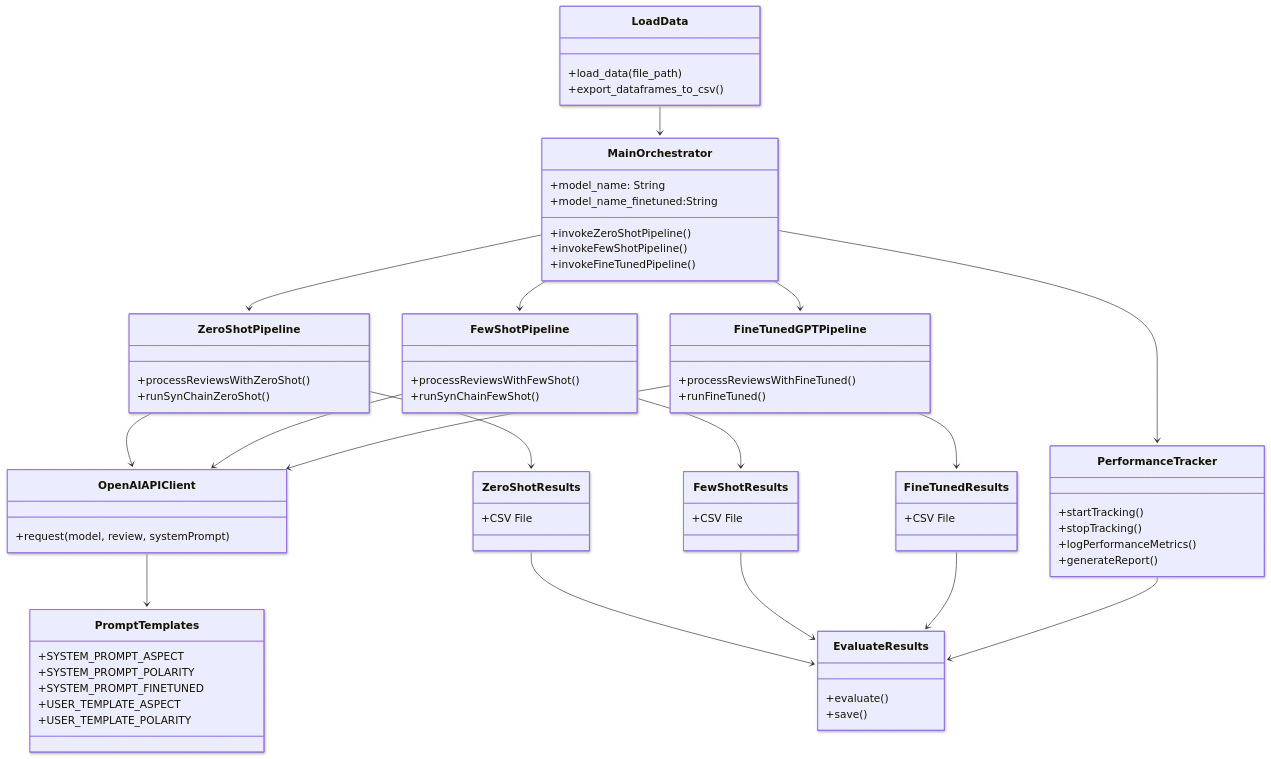
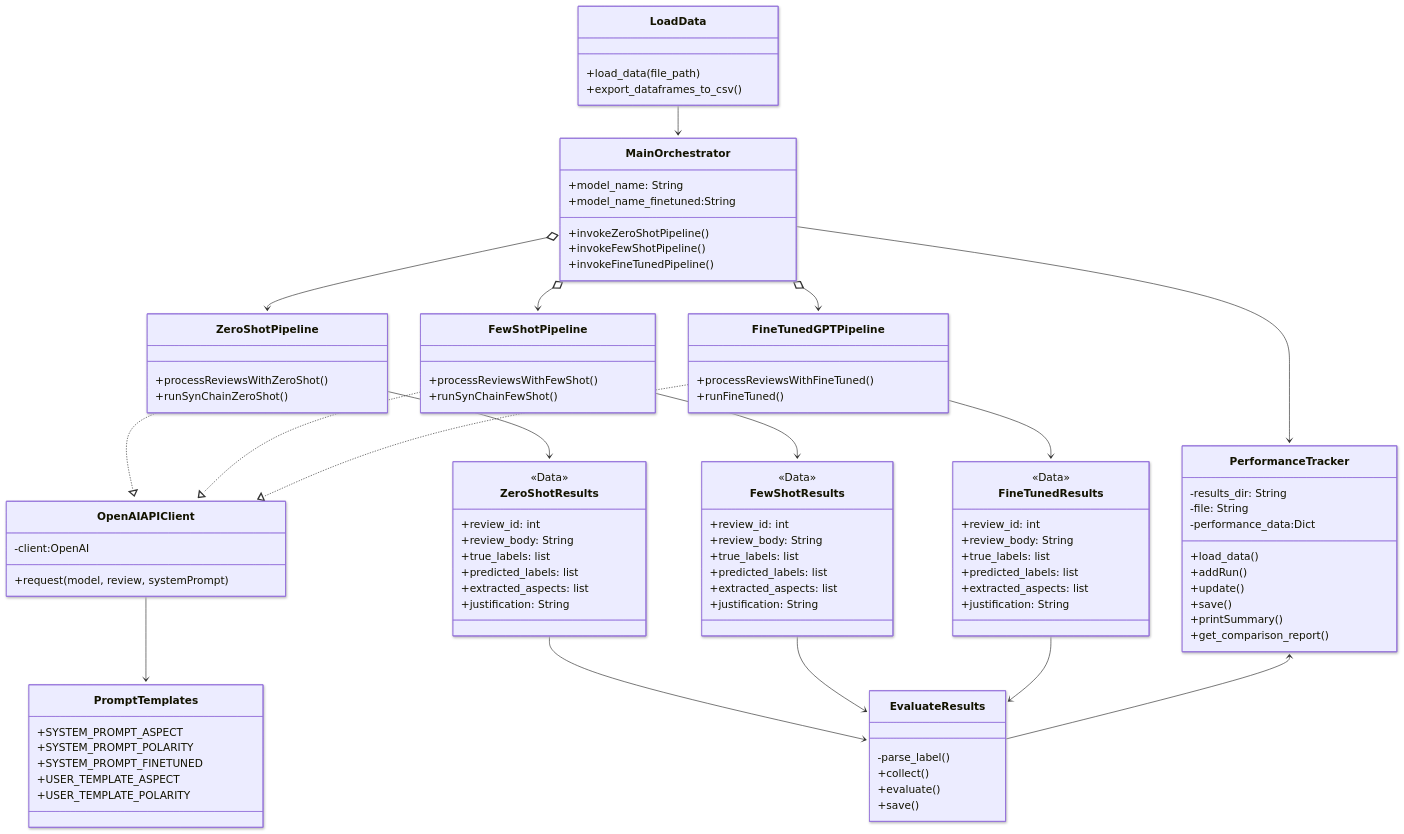
One commit to DominikMoreira/dw082-ba-ss25 changed the diagram in project_files/classDiagram.mmd. Above: the diagram before and after it, drawn with Mermaid.

```diff
--- a/project_files/classDiagram.mmd
+++ b/project_files/classDiagram.mmd
@@ -1,76 +1,102 @@
 ---
 config:
   look: neo
 ---
 classDiagram
 direction TB
     class LoadData {
 	    +load_data(file_path)
 	    +export_dataframes_to_csv()
     }
     class MainOrchestrator {
 	    +model_name: String
-        +model_name_finetuned:String
+	    +model_name_finetuned:String
 	    +invokeZeroShotPipeline()
 	    +invokeFewShotPipeline()
 	    +invokeFineTunedPipeline()
     }
     class ZeroShotPipeline {
 	    +processReviewsWithZeroShot()
 	    +runSynChainZeroShot()
     }
     class FewShotPipeline {
 	    +processReviewsWithFewShot()
 	    +runSynChainFewShot()
     }
     class FineTunedGPTPipeline {
 	    +processReviewsWithFineTuned()
 	    +runFineTuned()
     }
-    class OpenAIAPIClient {
-	    +request(model, review, systemPrompt)
-    }
     class PromptTemplates {
 	    +SYSTEM_PROMPT_ASPECT
 	    +SYSTEM_PROMPT_POLARITY
 	    +SYSTEM_PROMPT_FINETUNED
 	    +USER_TEMPLATE_ASPECT
 	    +USER_TEMPLATE_POLARITY
     }
     class EvaluateResults {
+	    -parse_label()
+	    +collect()
 	    +evaluate()
 	    +save()
     }
+    class PerformanceTracker {
+	    -results_dir: String
+	    -file: String
+	    -performance_data:Dict
+	    +load_data()
+	    +addRun()
+	    +update()
+	    +save()
+	    +printSummary()
+	    +get_comparison_report()
+    }
+    class OpenAIAPIClient {
+	    -client:OpenAI
+	    +request(model, review, systemPrompt)
+    }
     class ZeroShotResults {
-	    +CSV File
+	    +review_id: int
+	    +review_body: String
+	    +true_labels: list
+	    +predicted_labels: list
+	    +extracted_aspects: list
+	    +justification: String
     }
     class FewShotResults {
-	    +CSV File
+	    +review_id: int
+	    +review_body: String
+	    +true_labels: list
+	    +predicted_labels: list
+	    +extracted_aspects: list
+	    +justification: String
     }
     class FineTunedResults {
-	    +CSV File
+	    +review_id: int
+	    +review_body: String
+	    +true_labels: list
+	    +predicted_labels: list
+	    +extracted_aspects: list
+	    +justification: String
     }
 
-    class PerformanceTracker {
-        +startTracking()
-        +stopTracking()
-        +logPerformanceMetrics()
-        +generateReport()
-    }
+	<<Data>> ZeroShotResults
+	<<Data>> FewShotResults
+	<<Data>> FineTunedResults
 
     LoadData --> MainOrchestrator
-    MainOrchestrator --> ZeroShotPipeline
-    MainOrchestrator --> FewShotPipeline
-    MainOrchestrator --> FineTunedGPTPipeline
-    ZeroShotPipeline --> OpenAIAPIClient
-     FewShotPipeline --> OpenAIAPIClient
-    FineTunedGPTPipeline --> OpenAIAPIClient
+    MainOrchestrator o--> ZeroShotPipeline
+    MainOrchestrator o--> FewShotPipeline
+    MainOrchestrator o--> FineTunedGPTPipeline
+    ZeroShotPipeline ..|> OpenAIAPIClient
+    FewShotPipeline ..|> OpenAIAPIClient
+    FineTunedGPTPipeline ..|> OpenAIAPIClient
     OpenAIAPIClient --> PromptTemplates
     ZeroShotPipeline --> ZeroShotResults
     FewShotPipeline --> FewShotResults
     FineTunedGPTPipeline --> FineTunedResults
     ZeroShotResults --> EvaluateResults
     FewShotResults --> EvaluateResults
     FineTunedResults --> EvaluateResults
     MainOrchestrator --> PerformanceTracker
-    PerformanceTracker --> EvaluateResults
+    PerformanceTracker <-- EvaluateResults
```
